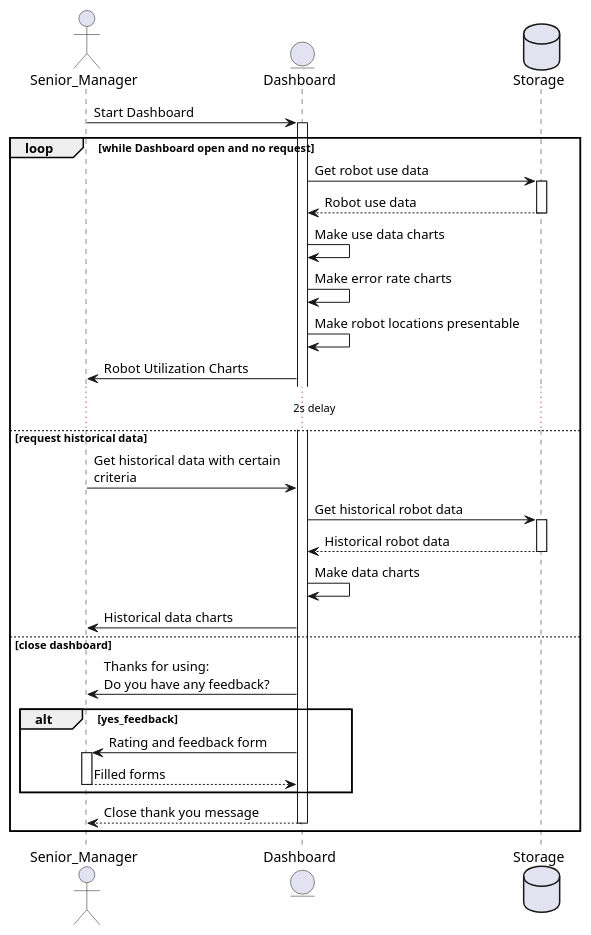
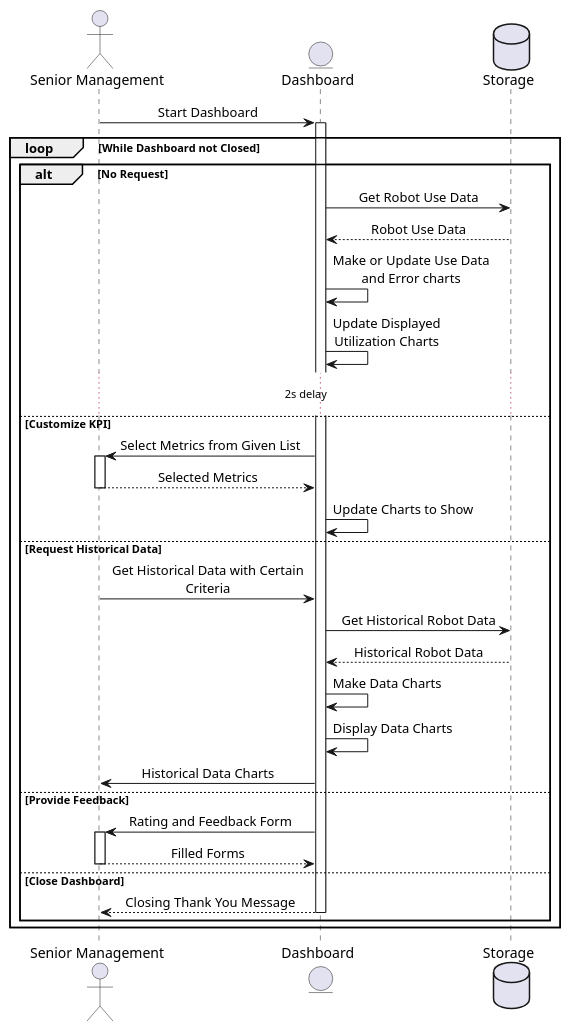
One commit to ur-swe-fa24/main-project-snoopy-corp changed the diagram in docs/design/modeling_diagrams/sequence_diagrams/senior_management.puml. Above: the diagram before and after it, drawn with PlantUML.

Commit message:
KPI View Update

```diff
--- a/docs/design/modeling_diagrams/sequence_diagrams/senior_management.puml
+++ b/docs/design/modeling_diagrams/sequence_diagrams/senior_management.puml
@@ -1,36 +1,38 @@
 @startuml Senior_Manager_Use_View
 
-actor Senior_Manager
+skinparam sequenceMessageAlign center
+actor Senior_Manager as "Senior Management"
 entity Dashboard
 database Storage
 
 Senior_Manager -> Dashboard: Start Dashboard
 activate Dashboard
-loop while Dashboard open and no request
-    Dashboard -> Storage: Get robot use data
-    activate Storage
-    return Robot use data
-    Dashboard -> Dashboard: Make use data charts
-    Dashboard -> Dashboard: Make error rate charts
-    Dashboard -> Dashboard: Make robot locations presentable
-    Dashboard -> Senior_Manager: Robot Utilization Charts
+loop While Dashboard not Closed
+alt No Request
+    Dashboard -> Storage: Get Robot Use Data
+    Storage --> Dashboard: Robot Use Data
+    Dashboard -> Dashboard: Make or Update Use Data\nand Error charts
+    Dashboard -> Dashboard: Update Displayed\nUtilization Charts
     ... 2s delay ...
-else request historical data
-    Senior_Manager -> Dashboard: Get historical data with certain\ncriteria
-    Dashboard -> Storage: Get historical robot data
-    activate Storage
-    return Historical robot data
-    Dashboard -> Dashboard: Make data charts
-    Dashboard -> Senior_Manager: Historical data charts
-
-else close dashboard
-    Dashboard -> Senior_Manager: Thanks for using:\nDo you have any feedback?
-    alt yes_feedback
-        Dashboard -> Senior_Manager: Rating and feedback form
-        activate Senior_Manager
-        return Filled forms
-    end
-    return Close thank you message
+else Customize KPI
+    Dashboard -> Senior_Manager: Select Metrics from Given List
+    activate Senior_Manager
+    return Selected Metrics
+    Dashboard -> Dashboard: Update Charts to Show
+else Request Historical Data
+    Senior_Manager -> Dashboard: Get Historical Data with Certain\nCriteria
+    Dashboard -> Storage: Get Historical Robot Data
+    Storage --> Dashboard: Historical Robot Data
+    Dashboard -> Dashboard: Make Data Charts
+    Dashboard -> Dashboard: Display Data Charts
+    Dashboard -> Senior_Manager: Historical Data Charts
+else Provide Feedback
+    Dashboard -> Senior_Manager: Rating and Feedback Form
+    activate Senior_Manager
+    return Filled Forms
+else Close Dashboard
+    return Closing Thank You Message
+end
 end
 
 @enduml
```
